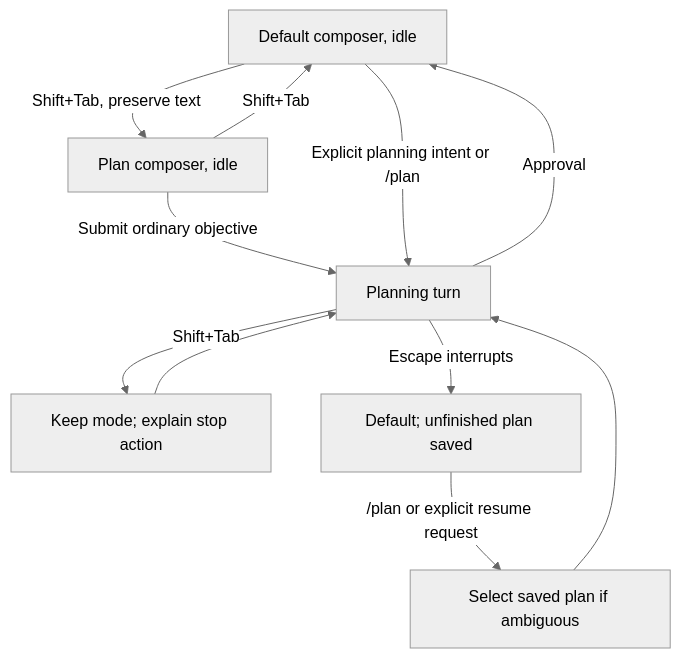
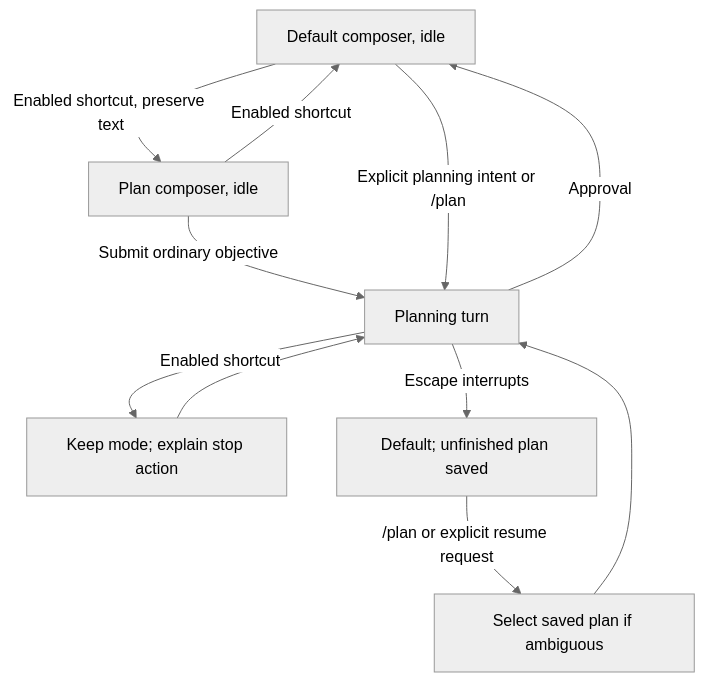
The third of 3 diagrams in packages/plan/docs/tui-interactions.md (kvnxiao/orbis), drawn with Mermaid (neutral theme) before and after one commit. The commit also changed other lines of this file and 33 other files, not shown here.

First line of the commit message:
fix(plan): preserve recovery and improve planning interactions

````diff
--- a/packages/plan/docs/tui-interactions.md
+++ b/packages/plan/docs/tui-interactions.md
@@ -239,13 +255,13 @@
 ```mermaid
 flowchart TD
-    Default[Default composer, idle] -->|Shift+Tab, preserve text| Plan[Plan composer, idle]
-    Plan -->|Shift+Tab| Default
+    Default[Default composer, idle] -->|Enabled shortcut, preserve text| Plan[Plan composer, idle]
+    Plan -->|Enabled shortcut| Default
     Plan -->|Submit ordinary objective| Work[Planning turn]
     Default -->|Explicit planning intent or /plan| Work
-    Work -->|Shift+Tab| Busy[Keep mode; explain stop action]
+    Work -->|Enabled shortcut| Busy[Keep mode; explain stop action]
     Busy --> Work
     Work -->|Escape interrupts| Paused[Default; unfinished plan saved]
     Paused -->|/plan or explicit resume request| Resume[Select saved plan if ambiguous]
     Resume --> Work
     Work -->|Approval| Default
 ```
````
